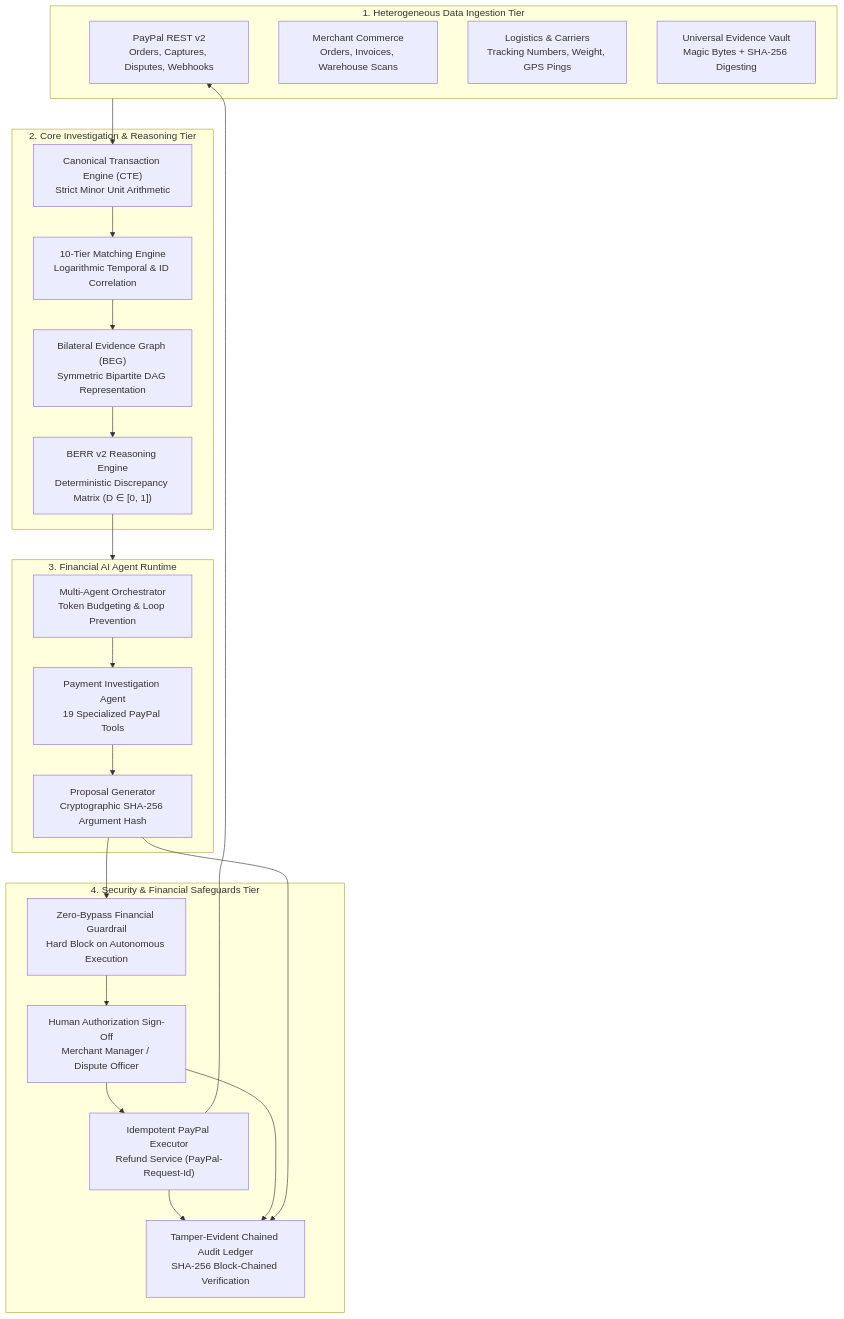
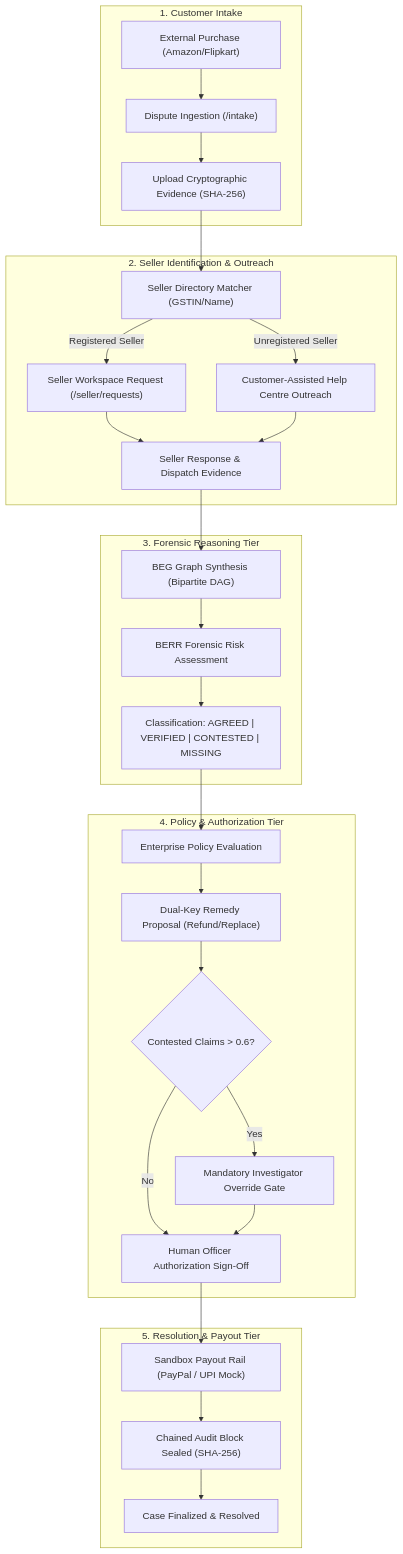
One commit to bindudharad/RESOLVEGRAPH changed the diagram in README.md. Above: the diagram before and after it, drawn with Mermaid. The commit also changed other lines of this file and 207 other files, not shown here.

````diff
--- a/README.md
+++ b/README.md
@@ -36,44 +73,36 @@
 ```mermaid
 flowchart TD
-    subgraph DataSilos["1. Heterogeneous Data Ingestion Tier"]
-        PPL["PayPal REST v2<br/>Orders, Captures, Disputes, Webhooks"]
-        ECOM["Merchant Commerce<br/>Orders, Invoices, Warehouse Scans"]
-        LOG["Logistics & Carriers<br/>Tracking Numbers, Weight, GPS Pings"]
-        EVD["Universal Evidence Vault<br/>Magic Bytes + SHA-256 Digesting"]
+    subgraph Step1["1. Customer Intake"]
+        A["External Purchase (Amazon/Flipkart)"] --> B["Dispute Ingestion (/intake)"]
+        B --> C["Upload Cryptographic Evidence (SHA-256)"]
     end
 
-    subgraph CoreEngine["2. Core Investigation & Reasoning Tier"]
-        CTE["Canonical Transaction Engine (CTE)<br/>Strict Minor Unit Arithmetic"]
-        MATCH["10-Tier Matching Engine<br/>Logarithmic Temporal & ID Correlation"]
-        BEG["Bilateral Evidence Graph (BEG)<br/>Symmetric Bipartite DAG Representation"]
-        BERR["BERR v2 Reasoning Engine<br/>Deterministic Discrepancy Matrix (D ∈ [0, 1])"]
+    subgraph Step2["2. Seller Identification & Outreach"]
+        C --> D["Seller Directory Matcher (GSTIN/Name)"]
+        D -->|Registered Seller| E["Seller Workspace Request (/seller/requests)"]
+        D -->|Unregistered Seller| F["Customer-Assisted Help Centre Outreach"]
+        E --> G["Seller Response & Dispatch Evidence"]
+        F --> G
     end
 
-    subgraph AgentLayer["3. Financial AI Agent Runtime"]
-        ORCH["Multi-Agent Orchestrator<br/>Token Budgeting & Loop Prevention"]
-        PI_AGENT["Payment Investigation Agent<br/>19 Specialized PayPal Tools"]
-        PROP["Proposal Generator<br/>Cryptographic SHA-256 Argument Hash"]
+    subgraph Step3["3. Forensic Reasoning Tier"]
+        G --> H["BEG Graph Synthesis (Bipartite DAG)"]
+        H --> I["BERR Forensic Risk Assessment"]
+        I --> J["Classification: AGREED | VERIFIED | CONTESTED | MISSING"]
     end
 
-    subgraph Safeguards["4. Security & Financial Safeguards Tier"]
-        GUARD["Zero-Bypass Financial Guardrail<br/>Hard Block on Autonomous Execution"]
-        AUTH["Human Authorization Sign-Off<br/>Merchant Manager / Dispute Officer"]
-        PPL_EXEC["Idempotent PayPal Executor<br/>Refund Service (PayPal-Request-Id)"]
-        AUDIT["Tamper-Evident Chained Audit Ledger<br/>SHA-256 Block-Chained Verification"]
+    subgraph Step4["4. Policy & Authorization Tier"]
+        J --> K["Enterprise Policy Evaluation"]
+        K --> L["Dual-Key Remedy Proposal (Refund/Replace)"]
+        L --> M{"Contested Claims > 0.6?"}
+        M -->|Yes| N["Mandatory Investigator Override Gate"]
+        M -->|No| O["Human Officer Authorization Sign-Off"]
+        N --> O
     end
 
-    DataSilos --> CTE
-    CTE --> MATCH
-    MATCH --> BEG
-    BEG --> BERR
-    BERR --> AgentLayer
-    ORCH --> PI_AGENT
-    PI_AGENT --> PROP
-    PROP --> GUARD
-    GUARD --> AUTH
-    AUTH --> PPL_EXEC
-    PPL_EXEC --> PPL
-    PPL_EXEC --> AUDIT
-    AUTH --> AUDIT
-    PROP --> AUDIT
+    subgraph Step5["5. Resolution & Payout Tier"]
+        O --> P["Sandbox Payout Rail (PayPal / UPI Mock)"]
+        P --> Q["Chained Audit Block Sealed (SHA-256)"]
+        Q --> R["Case Finalized & Resolved"]
+    end
 ```
````
